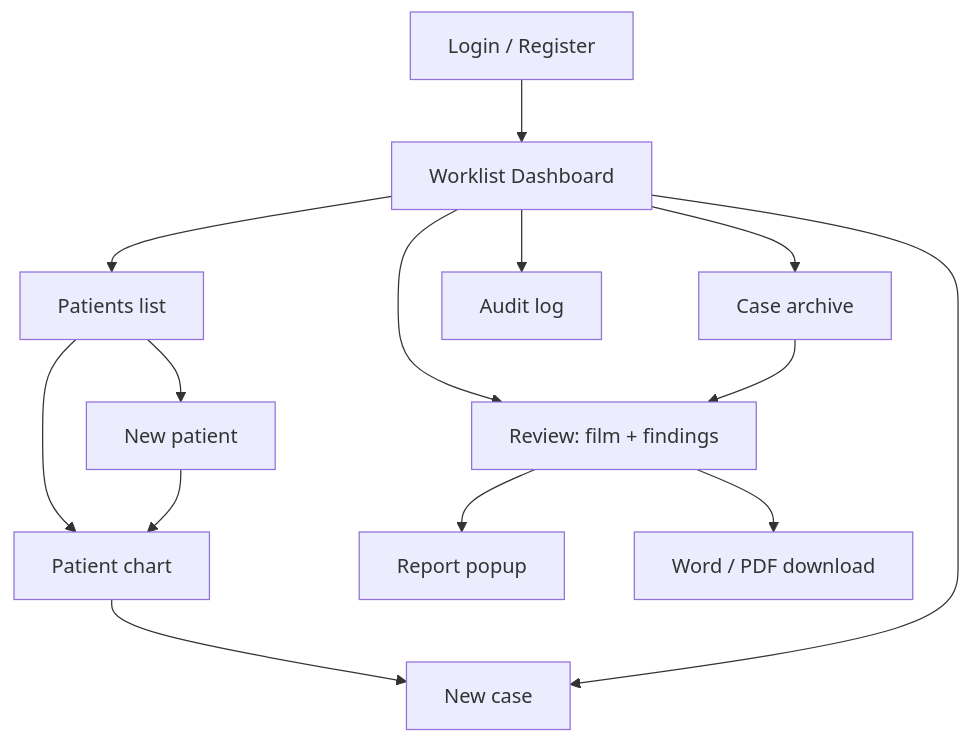
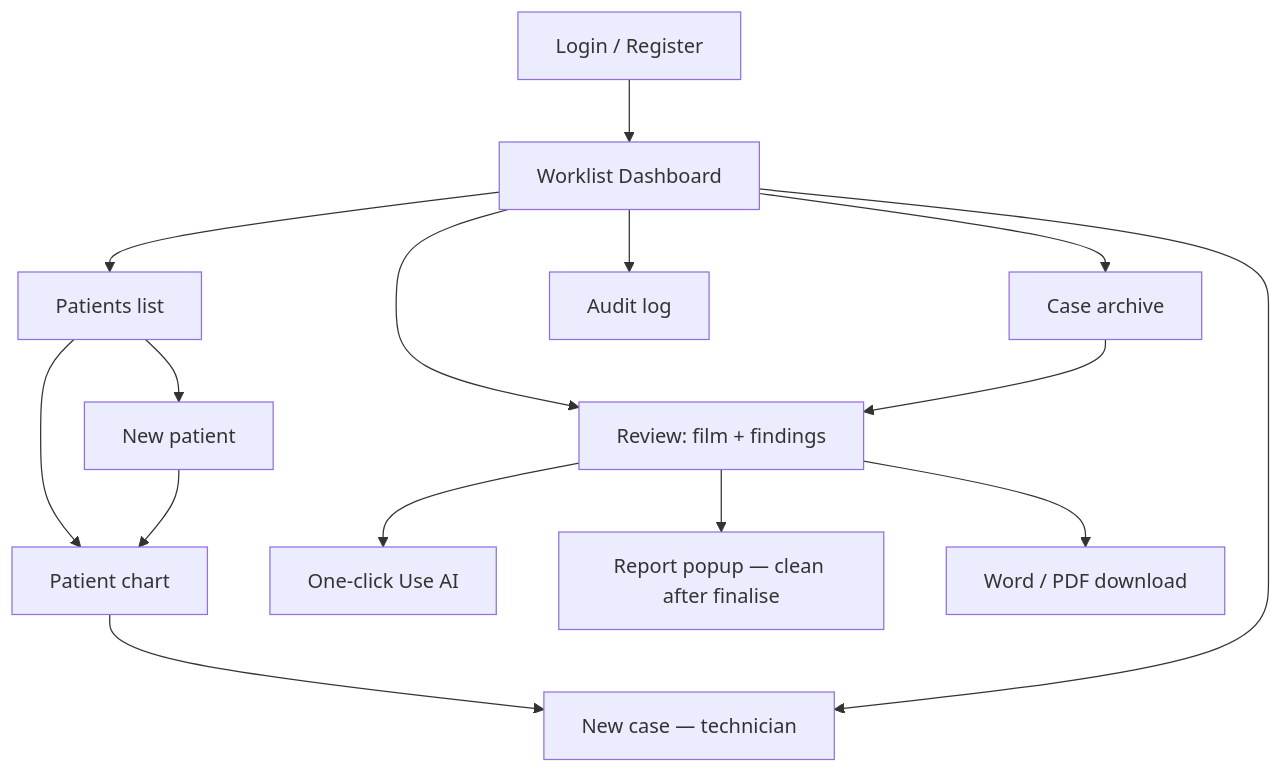
Before and after one commit to 23226609/Radassist: the seventh of 7 diagrams in docs/fyp-project-plan-and-initial-analysis.md, drawn with Mermaid. The commit also changed other lines of this file and 53 other files, not shown here.

````diff
--- a/docs/fyp-project-plan-and-initial-analysis.md
+++ b/docs/fyp-project-plan-and-initial-analysis.md
@@ -633,17 +667,18 @@
 ```mermaid
 flowchart TB
   L[Login / Register]
   L --> W[Worklist Dashboard]
   W --> R[Review: film + findings]
   W --> CA[Case archive]
   W --> P[Patients list]
   P --> PC[Patient chart]
-  PC --> NC[New case]
+  PC --> NC[New case — technician]
   W --> NC
   P --> NP[New patient]
   NP --> PC
-  R --> RP[Report popup]
+  R --> AI[One-click Use AI]
+  R --> RP[Report popup — clean after finalise]
   R --> DL[Word / PDF download]
   W --> AU[Audit log]
   CA --> R
 ```
````
